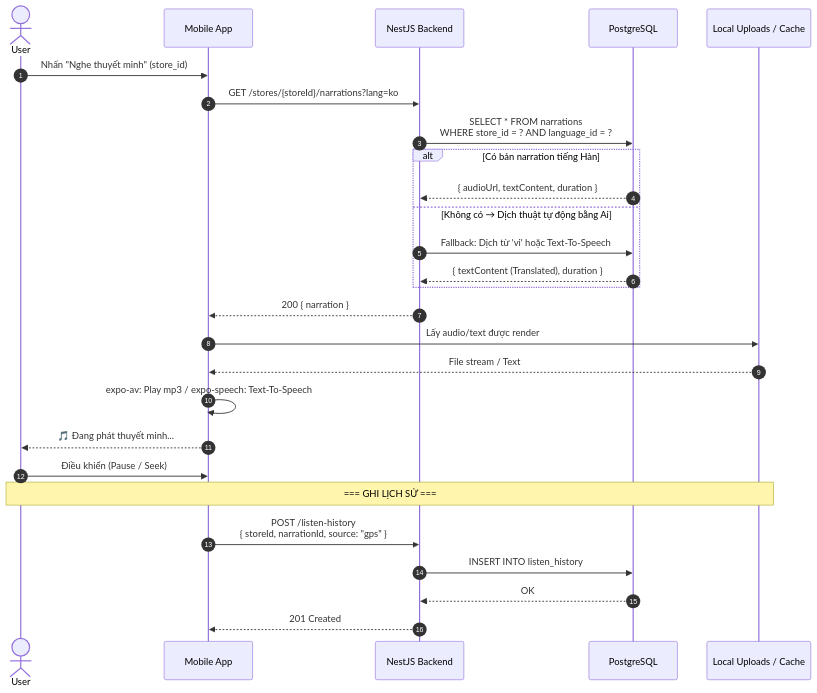
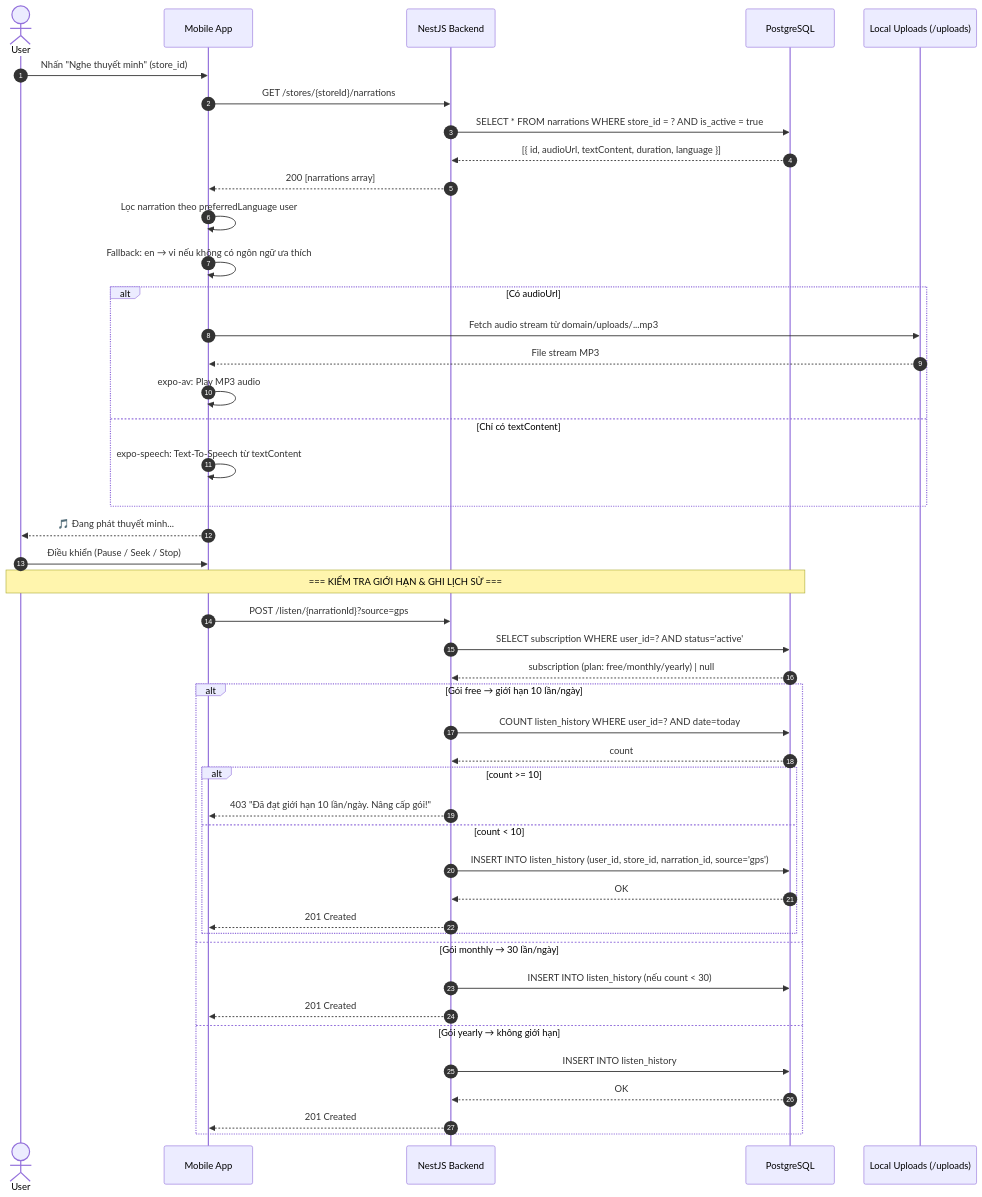
Before and after one commit to thankhanh/Seminar_sgu: the third of 13 diagrams in docs/diagrams.md, drawn with Mermaid. The commit also changed other lines of this file, not shown here.

First line of the commit message:
Update diagrams.md

````diff
--- a/docs/diagrams.md
+++ b/docs/diagrams.md
@@ -120,37 +145,54 @@
 ```mermaid
 sequenceDiagram
     autonumber
     actor U as User
     participant App as Mobile App
     participant API as NestJS Backend
     participant DB as PostgreSQL
-    participant FS as Local Uploads / Cache
+    participant FS as Local Uploads (/uploads)
 
     U->>App: Nhấn "Nghe thuyết minh" (store_id)
-    App->>API: GET /stores/{storeId}/narrations?lang=ko
-    
-    API->>DB: SELECT * FROM narrations<br/>WHERE store_id = ? AND language_id = ?
-    
-    alt Có bản narration tiếng Hàn
-        DB-->>API: { audioUrl, textContent, duration }
-    else Không có → Dịch thuật tự động bằng Ai
-        API->>DB: Fallback: Dịch từ 'vi' hoặc Text-To-Speech
-        DB-->>API: { textContent (Translated), duration }
+    App->>API: GET /stores/{storeId}/narrations
+    API->>DB: SELECT * FROM narrations WHERE store_id = ? AND is_active = true
+    DB-->>API: [{ id, audioUrl, textContent, duration, language }]
+    API-->>App: 200 [narrations array]
+
+    App->>App: Lọc narration theo preferredLanguage user
+    App->>App: Fallback: en → vi nếu không có ngôn ngữ ưa thích
+
+    alt Có audioUrl
+        App->>FS: Fetch audio stream từ domain/uploads/...mp3
+        FS-->>App: File stream MP3
+        App->>App: expo-av: Play MP3 audio
+    else Chỉ có textContent
+        App->>App: expo-speech: Text-To-Speech từ textContent
     end
-    
-    API-->>App: 200 { narration }
-    
-    App->>FS: Lấy audio/text được render
-    FS-->>App: File stream / Text
-    App->>App: expo-av: Play mp3 / expo-speech: Text-To-Speech
+
     App-->>U: 🎵 Đang phát thuyết minh...
-    
-    U->>App: Điều khiển (Pause / Seek)
-    
-    Note over U,FS: === GHI LỊCH SỬ ===
-    
-    App->>API: POST /listen-history<br/>{ storeId, narrationId, source: "gps" }
-    API->>DB: INSERT INTO listen_history
-    DB-->>API: OK
-    API-->>App: 201 Created
+    U->>App: Điều khiển (Pause / Seek / Stop)
+
+    Note over U,DB: === KIỂM TRA GIỚI HẠN & GHI LỊCH SỬ ===
+
+    App->>API: POST /listen/{narrationId}?source=gps
+    API->>DB: SELECT subscription WHERE user_id=? AND status='active'
+    DB-->>API: subscription (plan: free/monthly/yearly) | null
+
+    alt Gói free → giới hạn 10 lần/ngày
+        API->>DB: COUNT listen_history WHERE user_id=? AND date=today
+        DB-->>API: count
+        alt count >= 10
+            API-->>App: 403 "Đã đạt giới hạn 10 lần/ngày. Nâng cấp gói!"
+        else count < 10
+            API->>DB: INSERT INTO listen_history (user_id, store_id, narration_id, source='gps')
+            DB-->>API: OK
+            API-->>App: 201 Created
+        end
+    else Gói monthly → 30 lần/ngày
+        API->>DB: INSERT INTO listen_history (nếu count < 30)
+        API-->>App: 201 Created
+    else Gói yearly → không giới hạn
+        API->>DB: INSERT INTO listen_history
+        DB-->>API: OK
+        API-->>App: 201 Created
+    end
 ```
````
